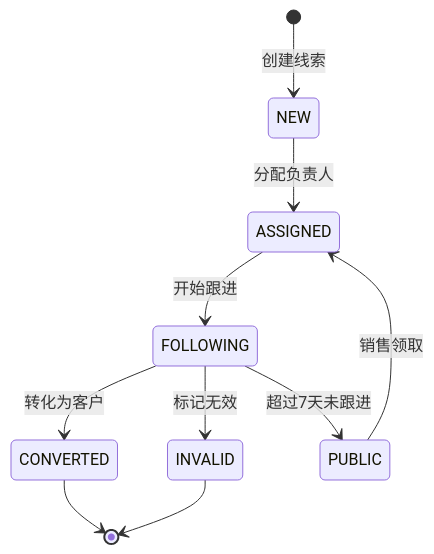
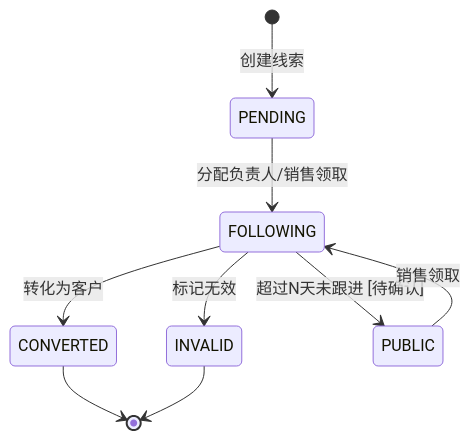
The fourth of 11 diagrams in docs/XQCOP-领域建模方案.md (liuliangkui/new-xinqu), drawn with Mermaid before and after one commit. The commit also changed other lines of this file, not shown here.

````diff
--- a/docs/XQCOP-领域建模方案.md
+++ b/docs/XQCOP-领域建模方案.md
@@ -1053,12 +1785,11 @@
 ```mermaid
 stateDiagram-v2
-    [*] --> NEW: 创建线索
-    NEW --> ASSIGNED: 分配负责人
-    ASSIGNED --> FOLLOWING: 开始跟进
+    [*] --> PENDING: 创建线索
+    PENDING --> FOLLOWING: 分配负责人/销售领取
     FOLLOWING --> CONVERTED: 转化为客户
     FOLLOWING --> INVALID: 标记无效
-    FOLLOWING --> PUBLIC: 超过7天未跟进
-    PUBLIC --> ASSIGNED: 销售领取
+    FOLLOWING --> PUBLIC: 超过N天未跟进 [待确认]
+    PUBLIC --> FOLLOWING: 销售领取
     CONVERTED --> [*]
     INVALID --> [*]
 ```
````
